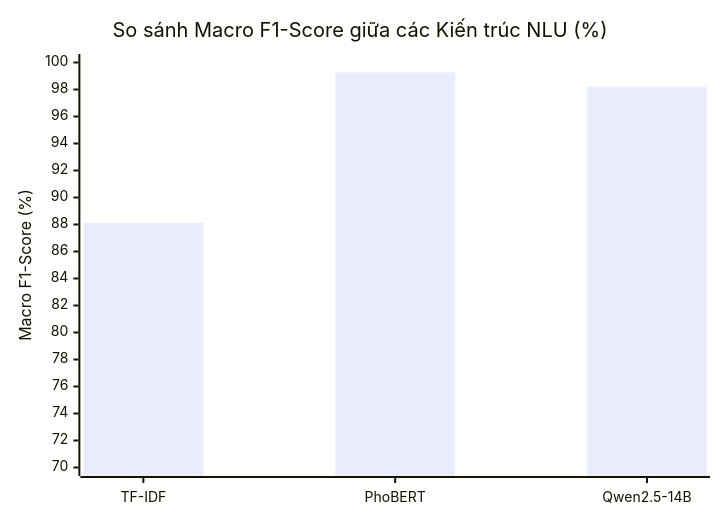
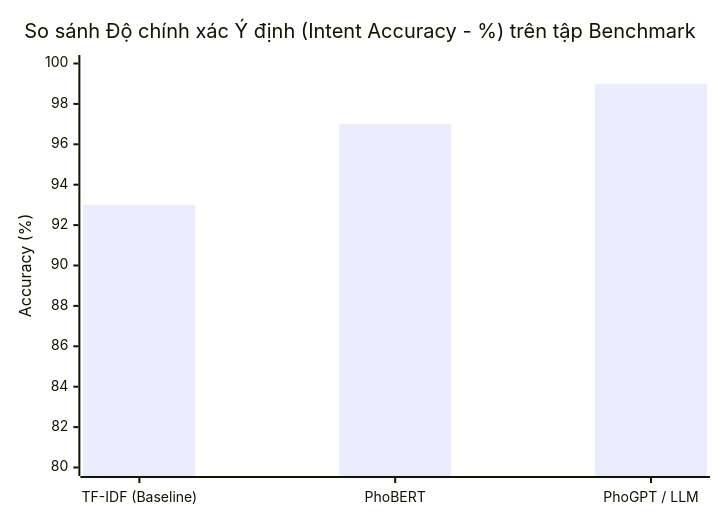
One commit to maikhang160504/spending-diary changed the tenth of 10 diagrams in Luan_van_Hoan_chinh.md. Above: the diagram before and after it, drawn with Mermaid. The commit also changed other lines of this file and 18 other files, not shown here.

Commit message:
docs: expand thesis chapters, add architecture diagrams, and compile literature summaries

````diff
--- a/Luan_van_Hoan_chinh.md
+++ b/Luan_van_Hoan_chinh.md
@@ -718,7 +1478,7 @@
 ```mermaid
 xychart-beta
-    title "So sánh Macro F1-Score giữa các Kiến trúc NLU (%)"
-    x-axis ["TF-IDF", "PhoBERT", "Qwen2.5-14B"]
-    y-axis "Macro F1-Score (%)" 70 --> 100
-    bar [88.12, 99.26, 98.20]
+    title "So sánh Độ chính xác Ý định (Intent Accuracy - %) trên tập Benchmark"
+    x-axis ["TF-IDF (Baseline)", "PhoBERT", "PhoGPT / LLM"]
+    y-axis "Accuracy (%)" 80 --> 100
+    bar [93.0, 97.0, 99.0]
 ```
````
